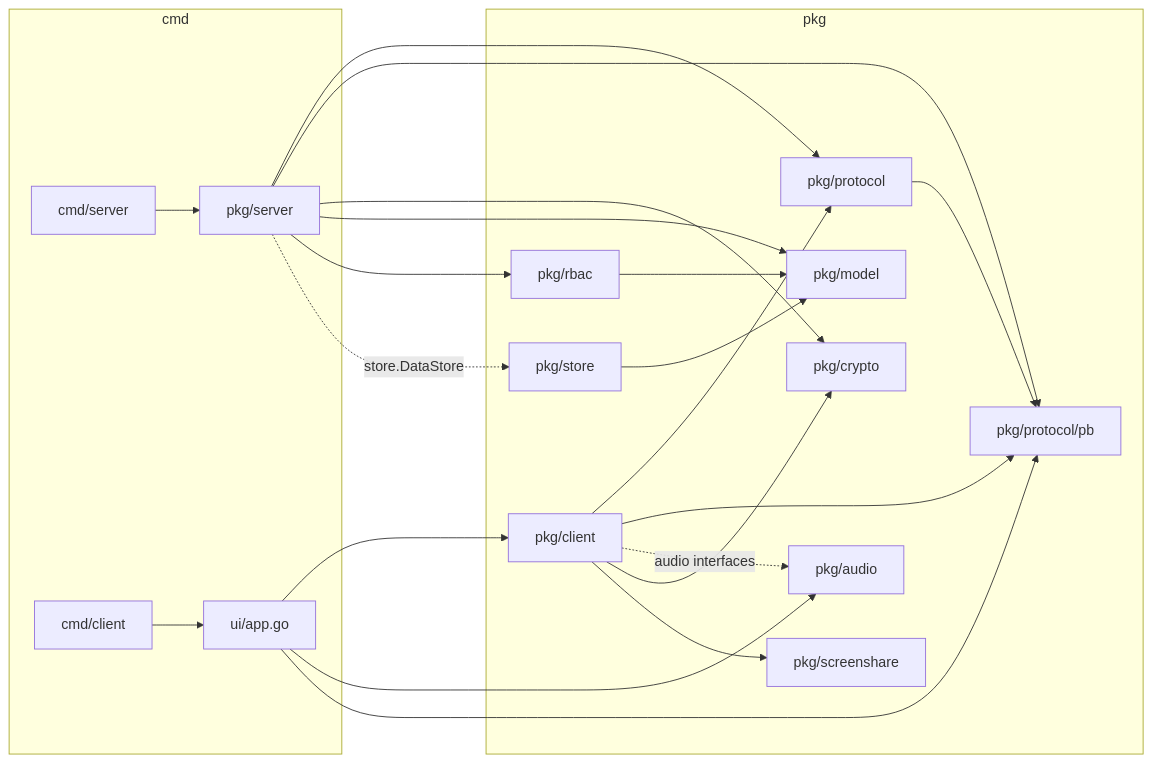
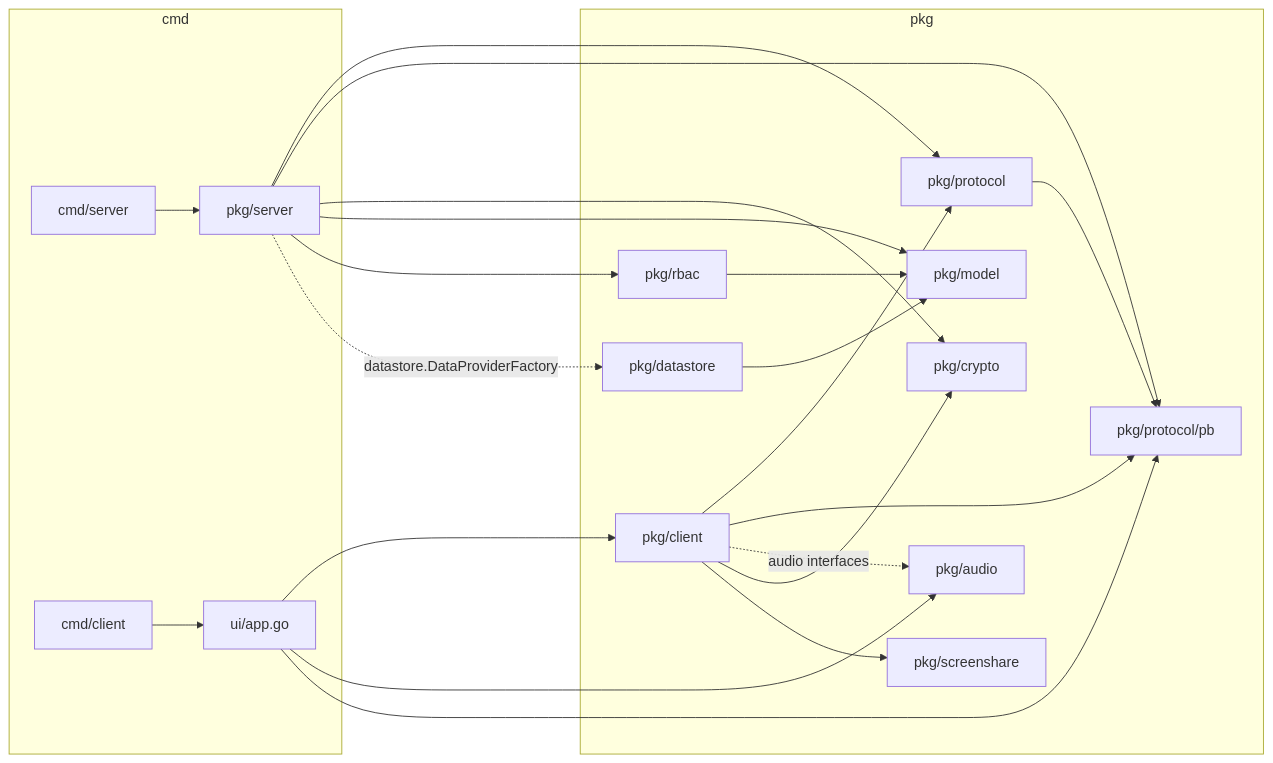
One commit to NicolasHaas/gospeak changed the second of 5 diagrams in docs/architecture.md. Above: the diagram before and after it, drawn with Mermaid. The commit also changed other lines of this file and 2 other files, not shown here.

Commit message:
docs: fix stale store→datastore and -addr→-control refs

````diff
--- a/docs/architecture.md
+++ b/docs/architecture.md
@@ -38,43 +38,43 @@
 ```mermaid
 graph LR
     subgraph cmd
         CS[cmd/server] --> SRV
         CC[cmd/client] --> UI
     end
 
     subgraph pkg
         SRV[pkg/server]
         CLT[pkg/client]
         PROTO[pkg/protocol]
         PB[pkg/protocol/pb]
         AUDIO[pkg/audio]
         CRYPTO[pkg/crypto]
         MODEL[pkg/model]
         RBAC[pkg/rbac]
         SCREEN[pkg/screenshare]
-        STORE[pkg/store]
+        STORE[pkg/datastore]
     end
 
     UI[ui/app.go]
 
     SRV --> PROTO
     SRV --> PB
     SRV --> CRYPTO
     SRV --> MODEL
     SRV --> RBAC
-    SRV -.->|store.DataStore| STORE
+    SRV -.->|datastore.DataProviderFactory| STORE
 
     CLT --> PROTO
     CLT --> PB
     CLT -.->|audio interfaces| AUDIO
     CLT --> CRYPTO
     CLT --> SCREEN
 
     UI --> CLT
     UI --> AUDIO
     UI --> PB
 
     PROTO --> PB
     RBAC --> MODEL
     STORE --> MODEL
 ```
````
